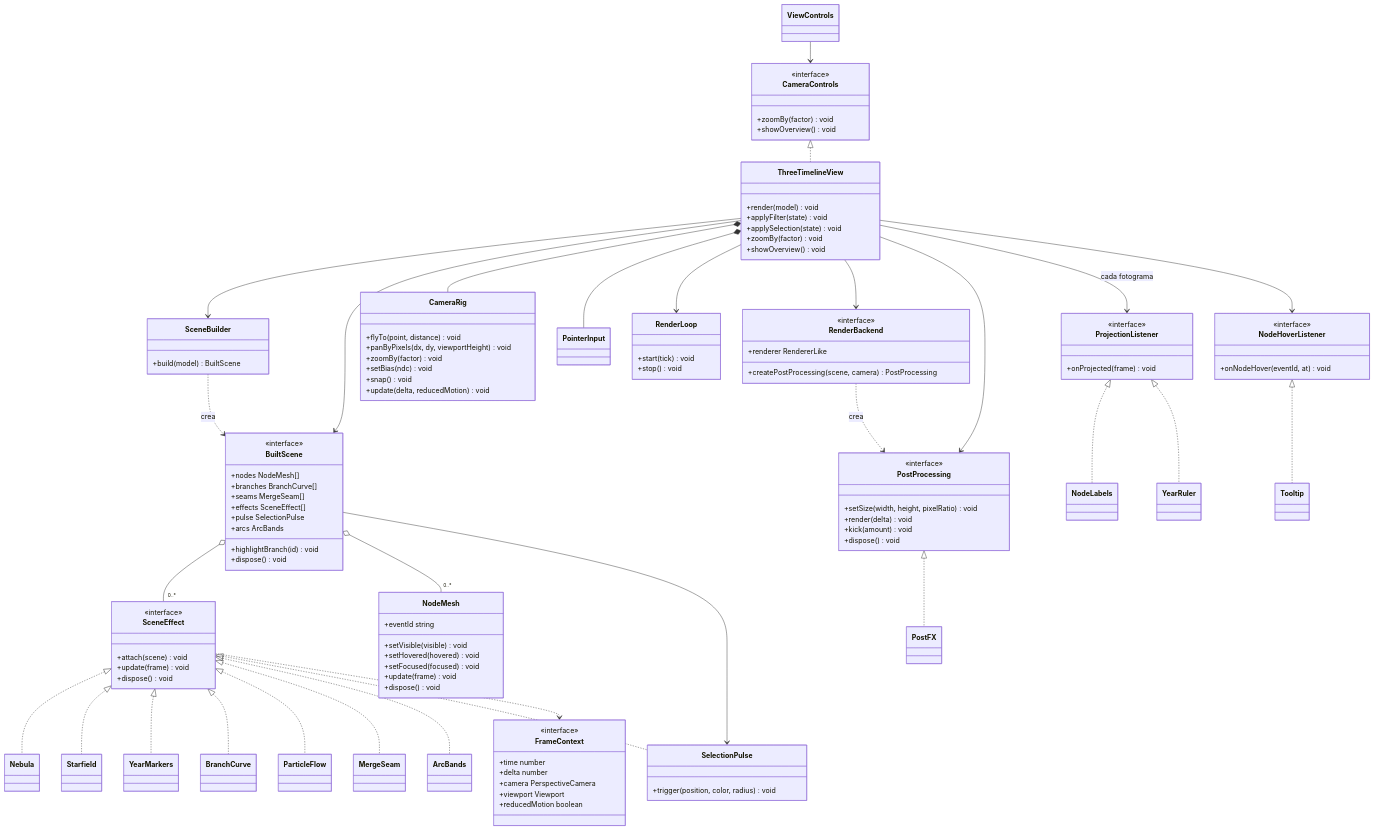
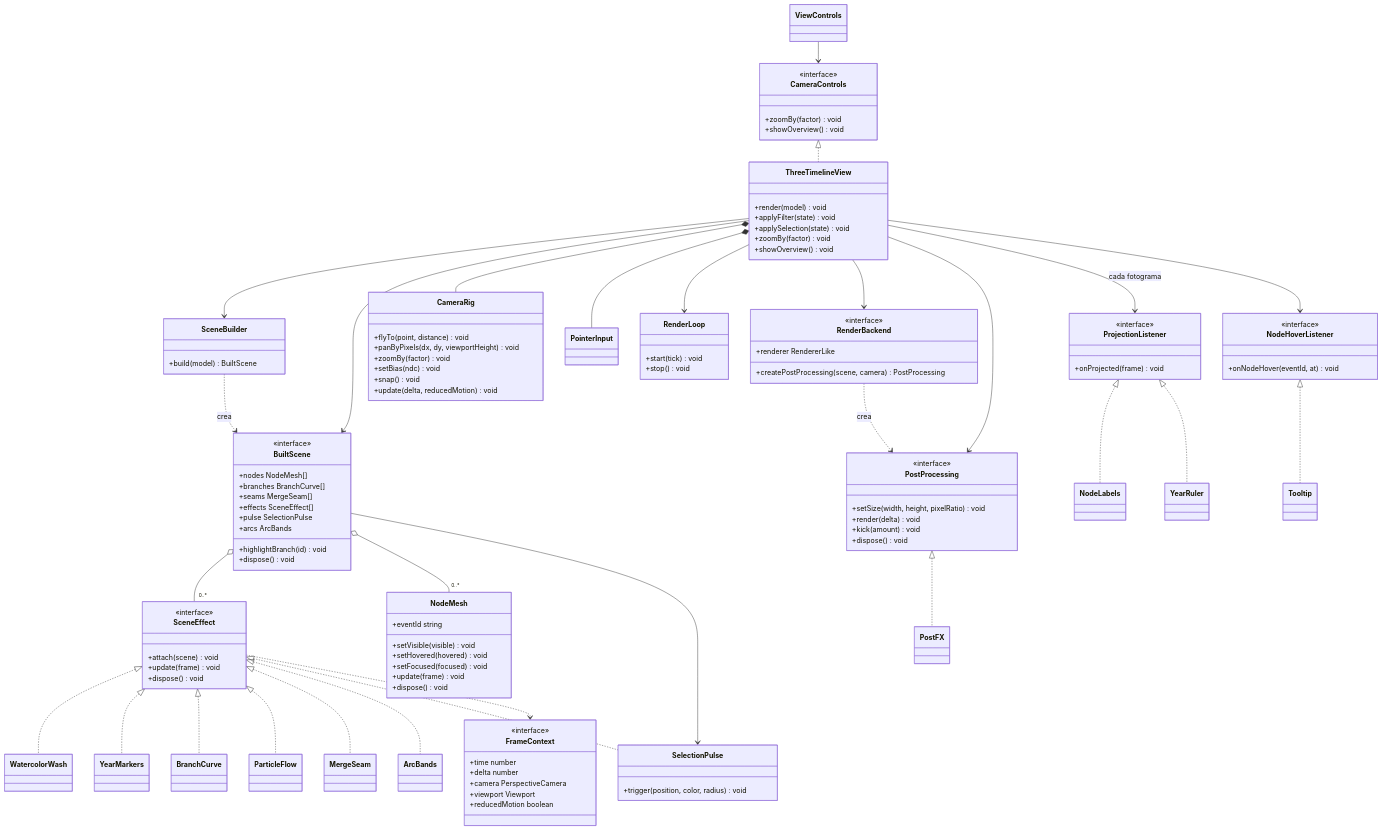
The fourth of 11 diagrams in README.md (pfalonso/alter-timeline-portfolio), drawn with Mermaid before and after one commit. The commit also changed other lines of this file and 7 other files, not shown here.

```diff
--- a/README.md
+++ b/README.md
@@ -992,8 +1001,7 @@
         +reducedMotion boolean
     }
 
-    class Nebula
-    class Starfield
+    class WatercolorWash
     class YearMarkers
     class BranchCurve
     class ParticleFlow
@@ -1001,8 +1009,7 @@
         +trigger(position, color, radius) void
     }
 
-    SceneEffect <|.. Nebula
-    SceneEffect <|.. Starfield
+    SceneEffect <|.. WatercolorWash
     SceneEffect <|.. YearMarkers
     SceneEffect <|.. BranchCurve
     SceneEffect <|.. ParticleFlow
```
